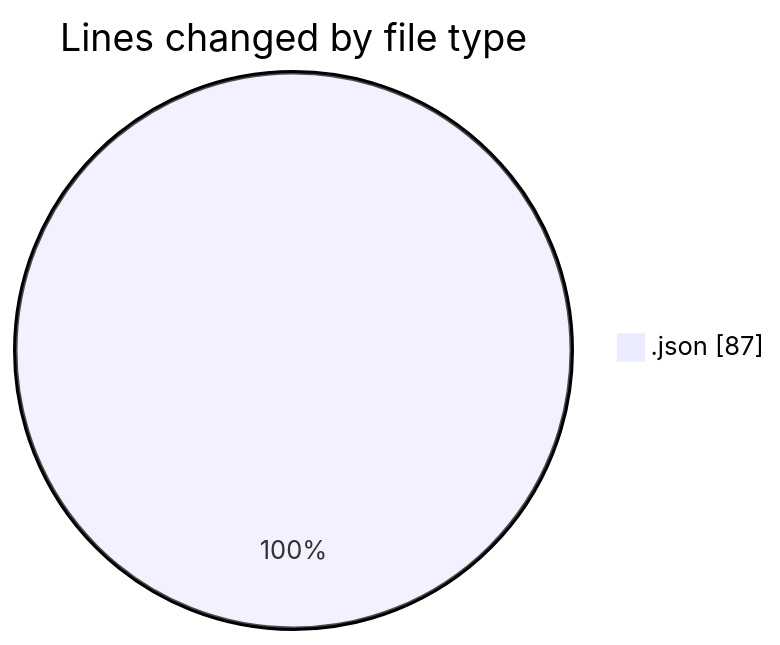
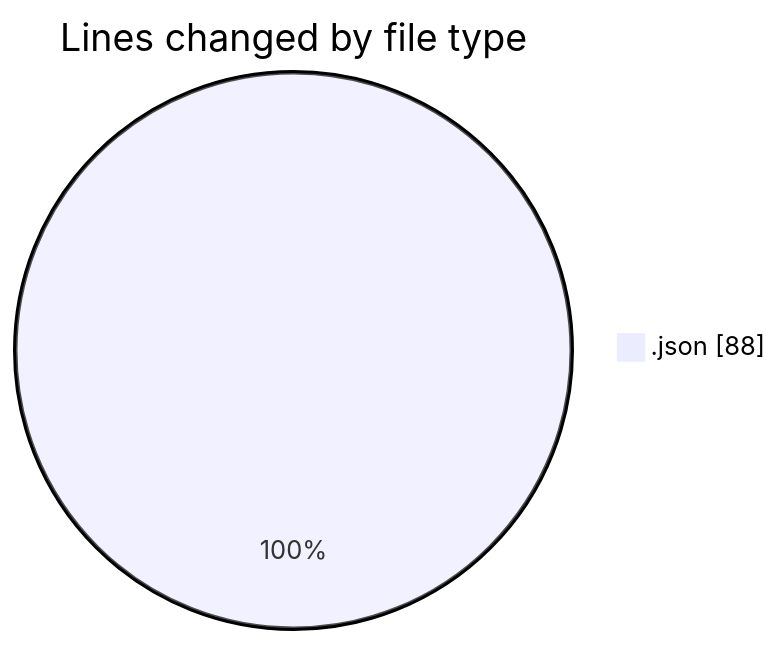
One commit to tmsrecording-cyber/code-tracking changed the first of 2 diagrams in 2026-02-02/singularitybrainai/README.md. Above: the diagram before and after it, drawn with Mermaid. The commit also changed other lines of this file and 1 other file, not shown here.

````diff
--- a/2026-02-02/singularitybrainai/README.md
+++ b/2026-02-02/singularitybrainai/README.md
@@ -20,5 +20,5 @@
 ```mermaid
 pie showData
 title Lines changed by file type
-".json" : 87
+".json" : 88
 ```
````
